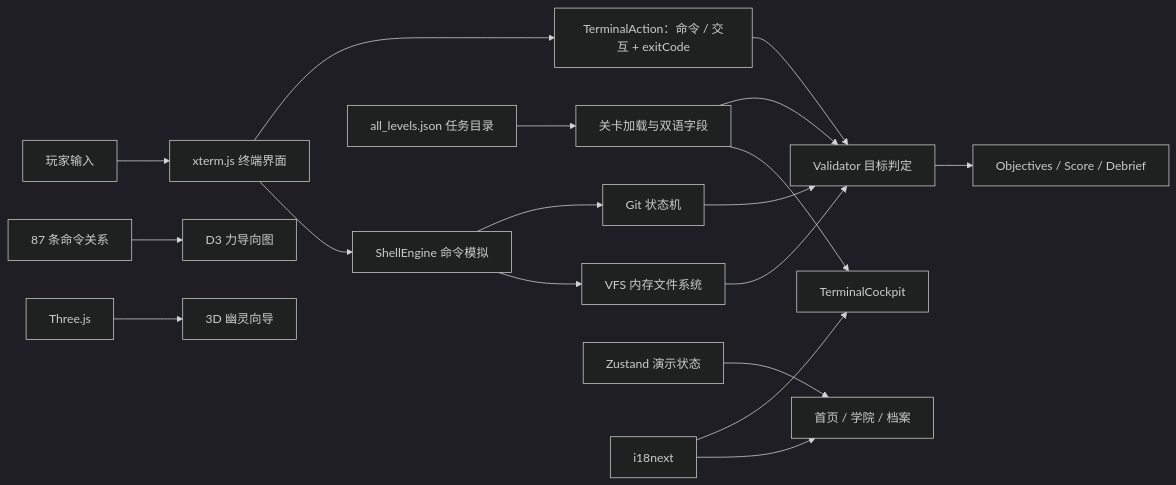
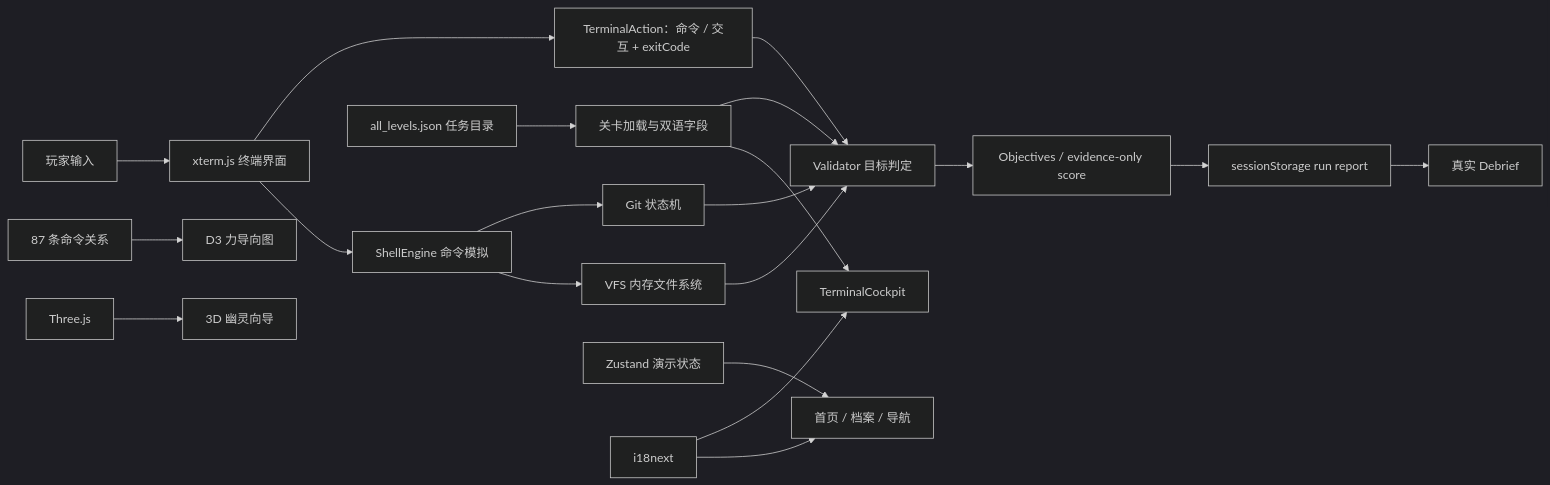
Before and after one commit to DerongDeng-dero/Ghost-Mission: the diagram in README.md, drawn with Mermaid (dark theme). The commit also changed other lines of this file and 64 other files, not shown here.

````diff
--- a/README.md
+++ b/README.md
@@ -169,20 +171,22 @@
 ```mermaid
 flowchart LR
   U["玩家输入"] --> X["xterm.js 终端界面"]
   X --> S["ShellEngine 命令模拟"]
   S --> V["VFS 内存文件系统"]
   S --> K["Git 状态机"]
   X --> E["TerminalAction：命令 / 交互 + exitCode"]
   D["all_levels.json 任务目录"] --> L["关卡加载与双语字段"]
   L --> T["TerminalCockpit"]
   E --> C["Validator 目标判定"]
   V --> C
   K --> C
   L --> C
-  C --> P["Objectives / Score / Debrief"]
+  C --> P["Objectives / evidence-only score"]
+  P --> Q["sessionStorage run report"]
+  Q --> B["真实 Debrief"]
   A["87 条命令关系"] --> G["D3 力导向图"]
   R["Three.js"] --> H["3D 幽灵向导"]
-  Z["Zustand 演示状态"] --> UI["首页 / 学院 / 档案"]
+  Z["Zustand 演示状态"] --> UI["首页 / 档案 / 导航"]
   I["i18next"] --> UI
   I --> T
 ```
````
